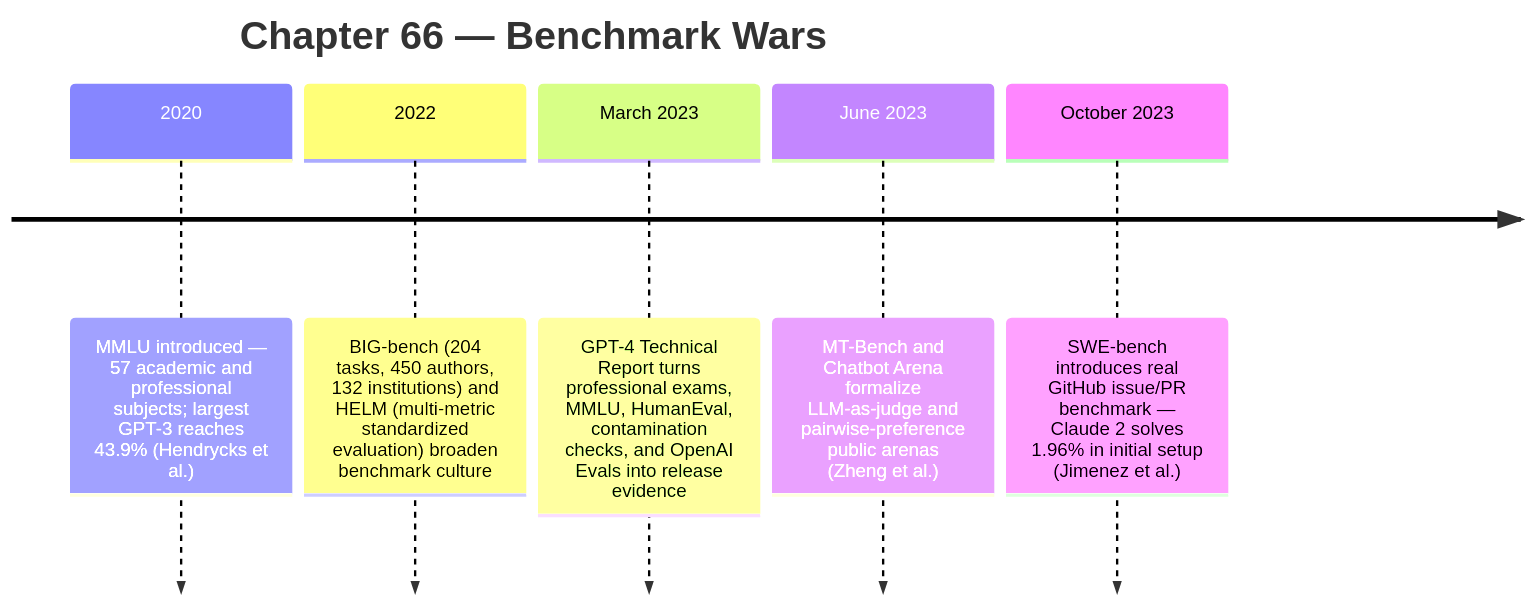
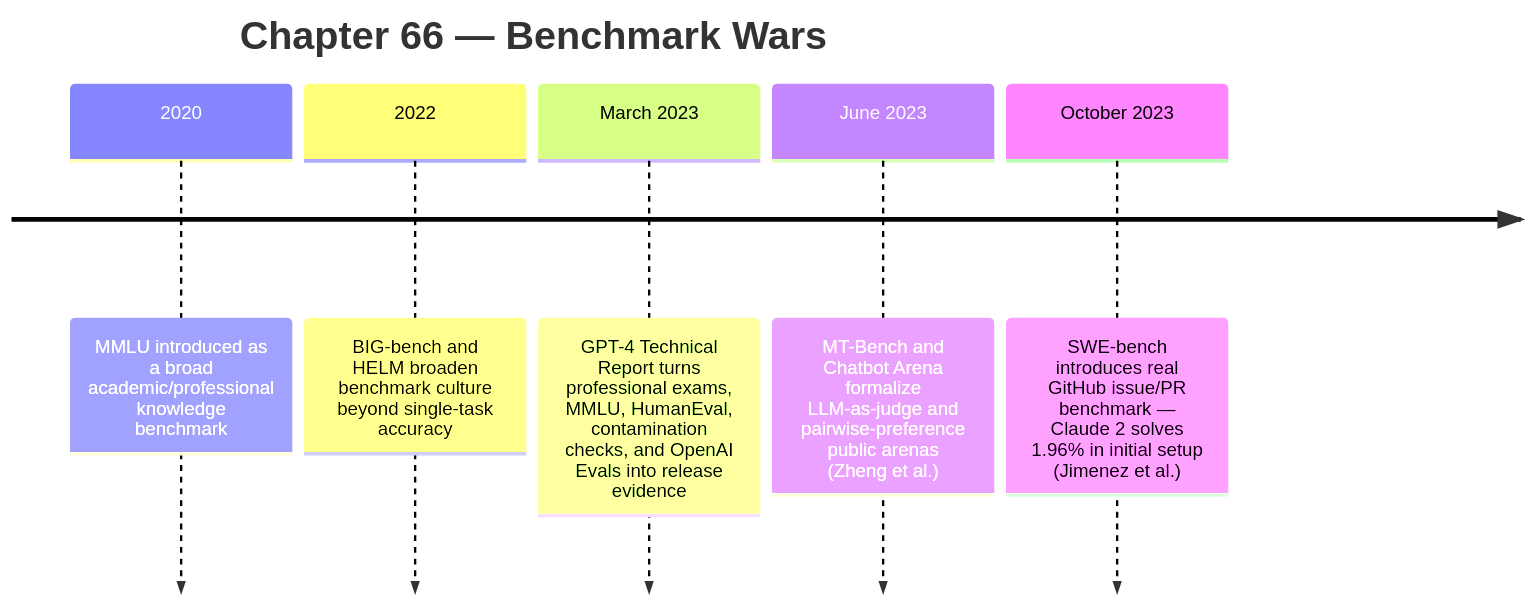
Before and after one commit to kube-dojo/kube-dojo: the diagram in src/content/docs/ai-history/ch-66-benchmark-wars.md, drawn with Mermaid. The commit also changed other lines of this file and 2 other files, not shown here.

````diff
--- a/src/content/docs/ai-history/ch-66-benchmark-wars.md
+++ b/src/content/docs/ai-history/ch-66-benchmark-wars.md
@@ -29,9 +29,9 @@
 ```mermaid
 timeline
     title Chapter 66 — Benchmark Wars
-    2020 : MMLU introduced — 57 academic and professional subjects; largest GPT-3 reaches 43.9% (Hendrycks et al.)
-    2022 : BIG-bench (204 tasks, 450 authors, 132 institutions) and HELM (multi-metric standardized evaluation) broaden benchmark culture
+    2020 : MMLU introduced as a broad academic/professional knowledge benchmark
+    2022 : BIG-bench and HELM broaden benchmark culture beyond single-task accuracy
     March 2023 : GPT-4 Technical Report turns professional exams, MMLU, HumanEval, contamination checks, and OpenAI Evals into release evidence
     June 2023 : MT-Bench and Chatbot Arena formalize LLM-as-judge and pairwise-preference public arenas (Zheng et al.)
     October 2023 : SWE-bench introduces real GitHub issue/PR benchmark — Claude 2 solves 1.96% in initial setup (Jimenez et al.)
 ```
````
